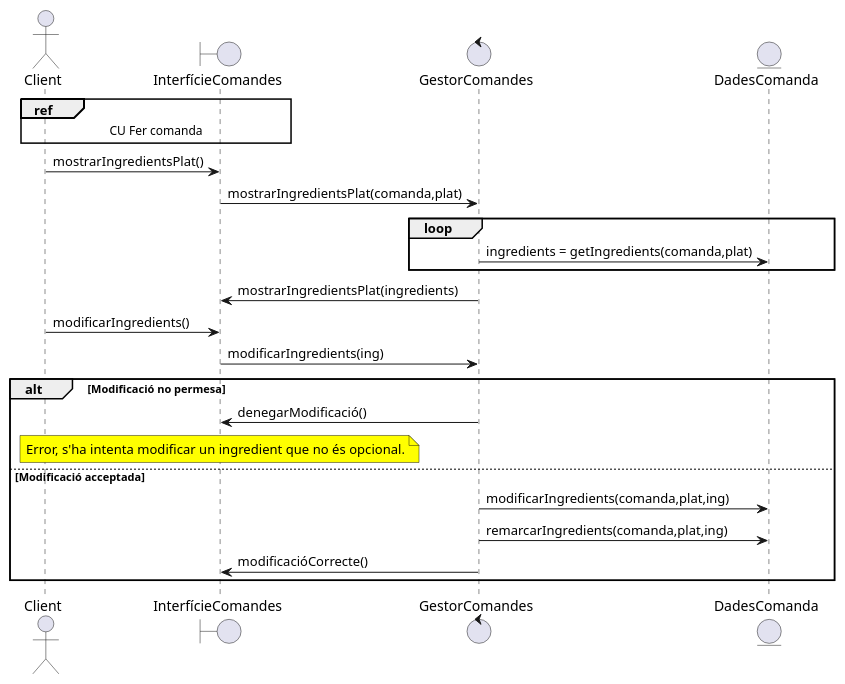
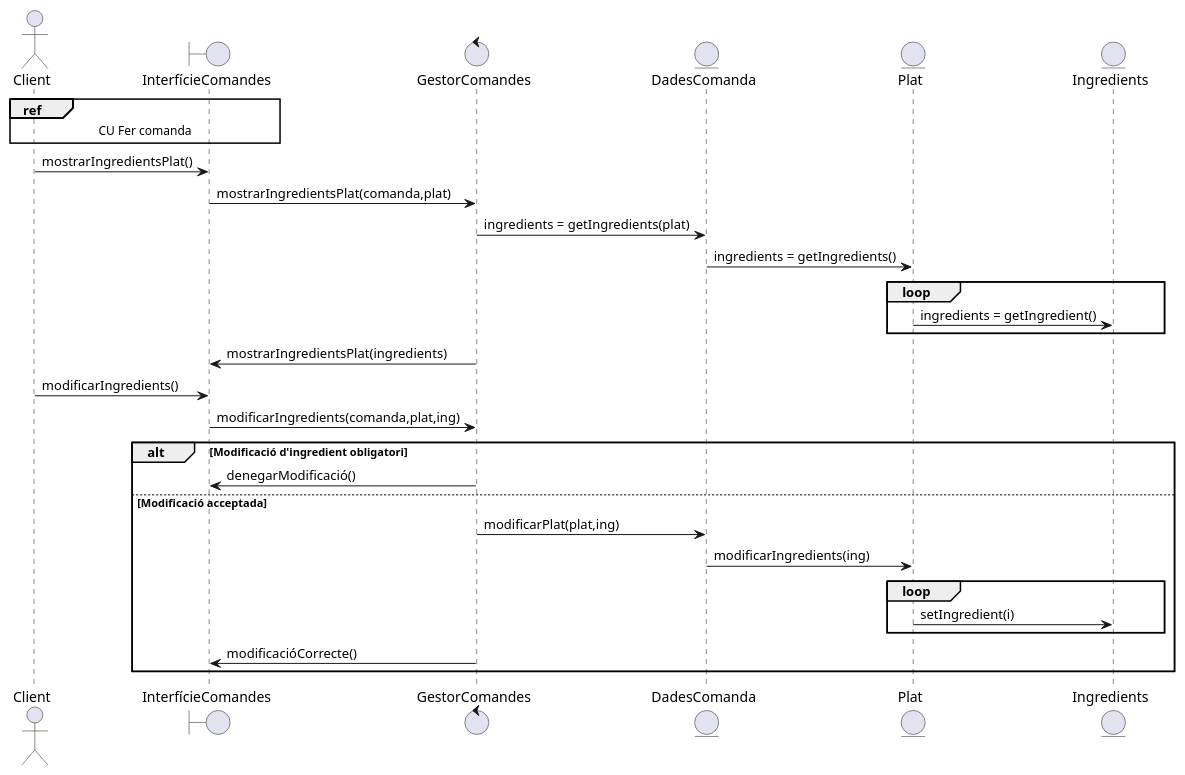
The diagram in documents/Diagrames i Especificacions/Seqüencia/Marc Sala/3. Modificar ingredients addicionals.puml (martipages/ES23UAB431-02), drawn with PlantUML before and after one commit. The commit also changed 14 other files, not shown here.

```diff
--- a/documents/Diagrames i Especificacions/Seqüencia/Marc Sala/3. Modificar ingredients addicionals.puml
+++ b/documents/Diagrames i Especificacions/Seqüencia/Marc Sala/3. Modificar ingredients addicionals.puml
@@ -1,32 +1,38 @@
 @startuml
 
 actor Client
 boundary InterfícieComandes
 control GestorComandes
 entity DadesComanda
+entity Plat
+entity Ingredients
 
 ref over Client,InterfícieComandes: CU Fer comanda
 
 Client -> InterfícieComandes: mostrarIngredientsPlat()
 InterfícieComandes -> GestorComandes: mostrarIngredientsPlat(comanda,plat)
 
-loop 
-GestorComandes -> DadesComanda: ingredients = getIngredients(comanda,plat)
+GestorComandes -> DadesComanda: ingredients = getIngredients(plat)
+DadesComanda -> Plat: ingredients = getIngredients()
+loop
+Plat -> Ingredients: ingredients = getIngredient()
 end
 
 GestorComandes -> InterfícieComandes: mostrarIngredientsPlat(ingredients)
 Client -> InterfícieComandes: modificarIngredients()
-InterfícieComandes -> GestorComandes: modificarIngredients(ing)
+InterfícieComandes -> GestorComandes: modificarIngredients(comanda,plat,ing)
 
-alt Modificació no permesa
+alt Modificació d'ingredient obligatori
 GestorComandes -> InterfícieComandes: denegarModificació()
-note over InterfícieComandes #Yellow : Error, s'ha intenta modificar un ingredient que no és opcional.
 
 else Modificació acceptada
-GestorComandes -> DadesComanda: modificarIngredients(comanda,plat,ing)
-GestorComandes -> DadesComanda: remarcarIngredients(comanda,plat,ing)
+GestorComandes -> DadesComanda: modificarPlat(plat,ing)
+DadesComanda -> Plat: modificarIngredients(ing)
+loop
+Plat -> Ingredients: setIngredient(i)
+end
 GestorComandes -> InterfícieComandes: modificacióCorrecte()
 end
 
 
 @enduml
```
